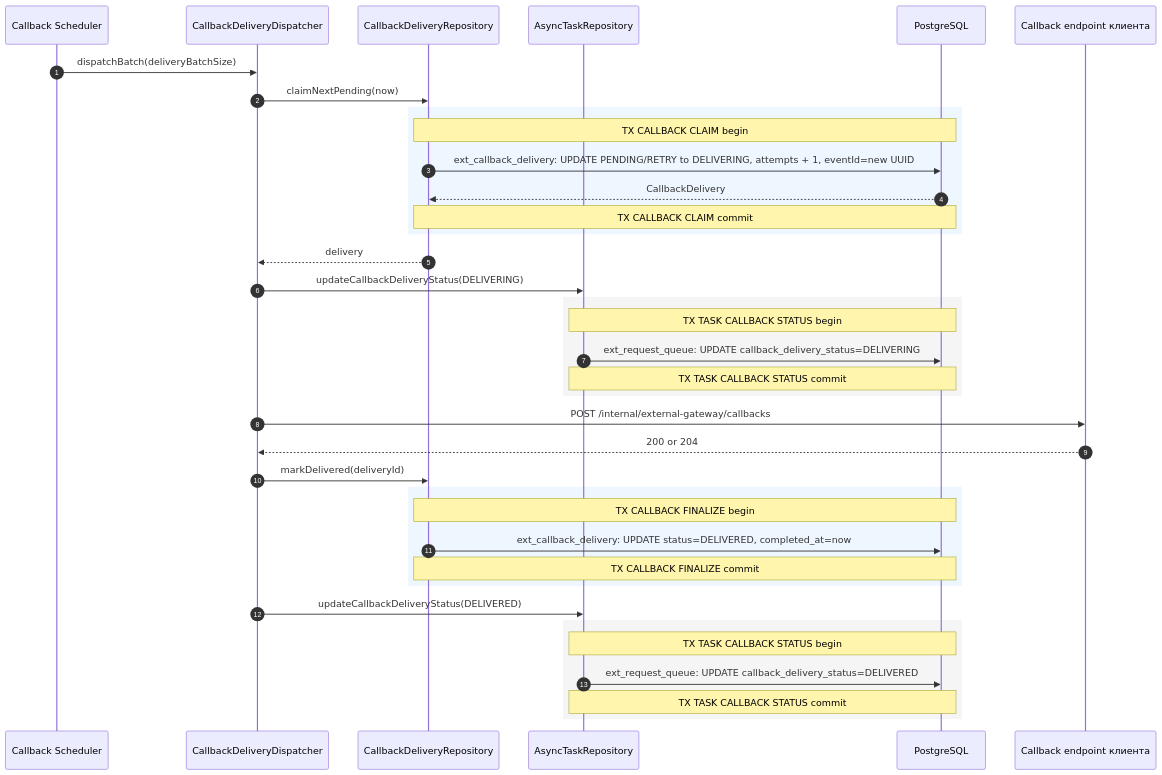
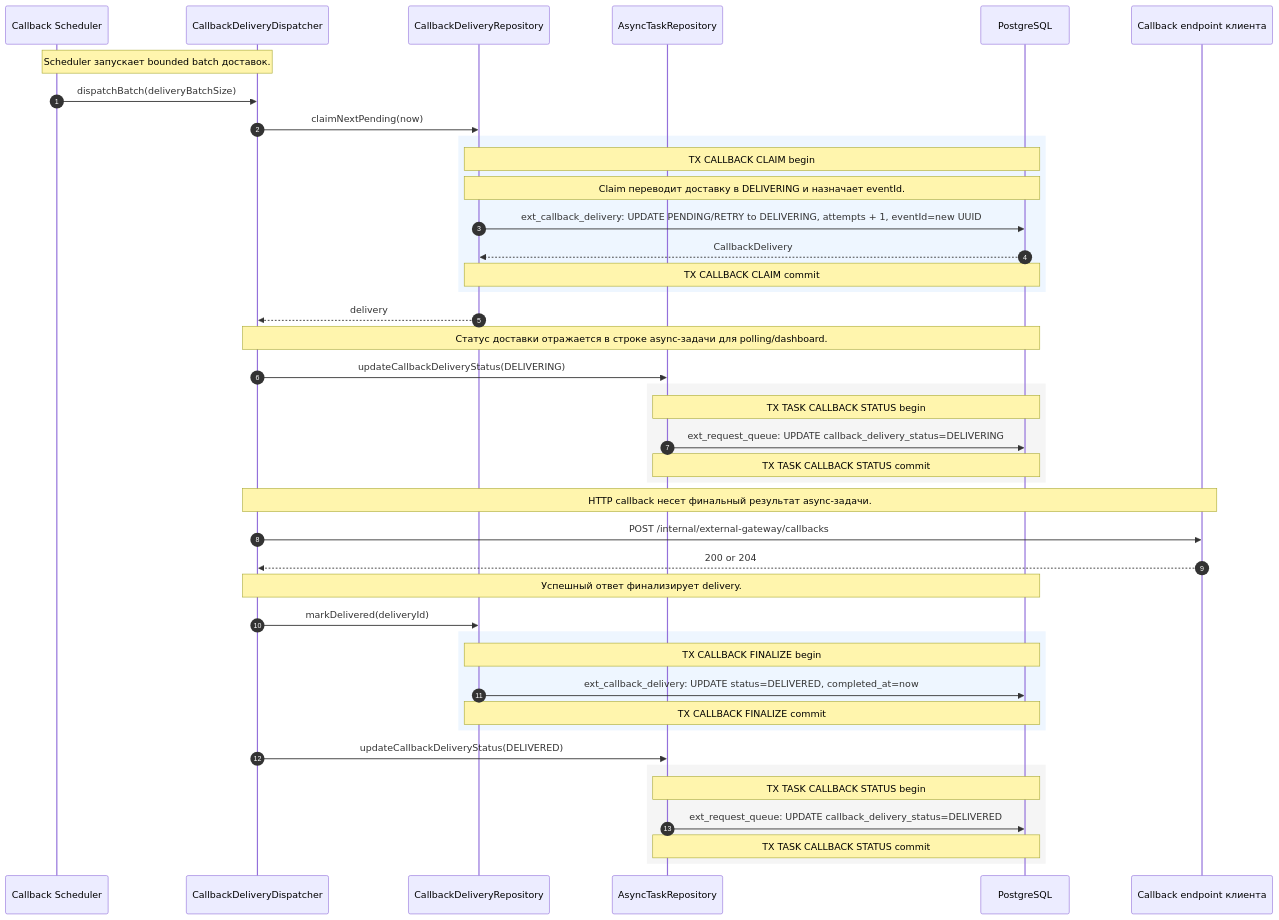
The first of 6 diagrams in docs/external-service-gateway/architecture/07-sequence-callback.md (DenisVanin4402/TestQwenCli), drawn with Mermaid before and after one commit. The commit also changed other lines of this file and 2 other files, not shown here.

Commit message:
диаграммы обновлены детализацией sequence

````diff
--- a/docs/external-service-gateway/architecture/07-sequence-callback.md
+++ b/docs/external-service-gateway/architecture/07-sequence-callback.md
@@ -10,40 +12,45 @@
 ```mermaid
 sequenceDiagram
     autonumber
     participant Scheduler as Callback Scheduler
     participant Dispatcher as CallbackDeliveryDispatcher
     participant Deliveries as CallbackDeliveryRepository
     participant Tasks as AsyncTaskRepository
     participant DB as PostgreSQL
     participant Client as Callback endpoint клиента
 
+    Note over Scheduler,Dispatcher: Scheduler запускает bounded batch доставок.
     Scheduler->>Dispatcher: dispatchBatch(deliveryBatchSize)
     Dispatcher->>Deliveries: claimNextPending(now)
     rect rgb(238, 246, 255)
         Note over Deliveries,DB: TX CALLBACK CLAIM begin
+        Note over Deliveries,DB: Claim переводит доставку в DELIVERING и назначает eventId.
         Deliveries->>DB: ext_callback_delivery: UPDATE PENDING/RETRY to DELIVERING, attempts + 1, eventId=new UUID
         DB-->>Deliveries: CallbackDelivery
         Note over Deliveries,DB: TX CALLBACK CLAIM commit
     end
     Deliveries-->>Dispatcher: delivery
+    Note over Dispatcher,DB: Статус доставки отражается в строке async-задачи для polling/dashboard.
     Dispatcher->>Tasks: updateCallbackDeliveryStatus(DELIVERING)
     rect rgb(245, 245, 245)
         Note over Tasks,DB: TX TASK CALLBACK STATUS begin
         Tasks->>DB: ext_request_queue: UPDATE callback_delivery_status=DELIVERING
         Note over Tasks,DB: TX TASK CALLBACK STATUS commit
     end
+    Note over Dispatcher,Client: HTTP callback несет финальный результат async-задачи.
     Dispatcher->>Client: POST /internal/external-gateway/callbacks
     Client-->>Dispatcher: 200 or 204
+    Note over Dispatcher,DB: Успешный ответ финализирует delivery.
     Dispatcher->>Deliveries: markDelivered(deliveryId)
     rect rgb(238, 246, 255)
         Note over Deliveries,DB: TX CALLBACK FINALIZE begin
         Deliveries->>DB: ext_callback_delivery: UPDATE status=DELIVERED, completed_at=now
         Note over Deliveries,DB: TX CALLBACK FINALIZE commit
     end
     Dispatcher->>Tasks: updateCallbackDeliveryStatus(DELIVERED)
     rect rgb(245, 245, 245)
         Note over Tasks,DB: TX TASK CALLBACK STATUS begin
         Tasks->>DB: ext_request_queue: UPDATE callback_delivery_status=DELIVERED
         Note over Tasks,DB: TX TASK CALLBACK STATUS commit
     end
 ```
````
